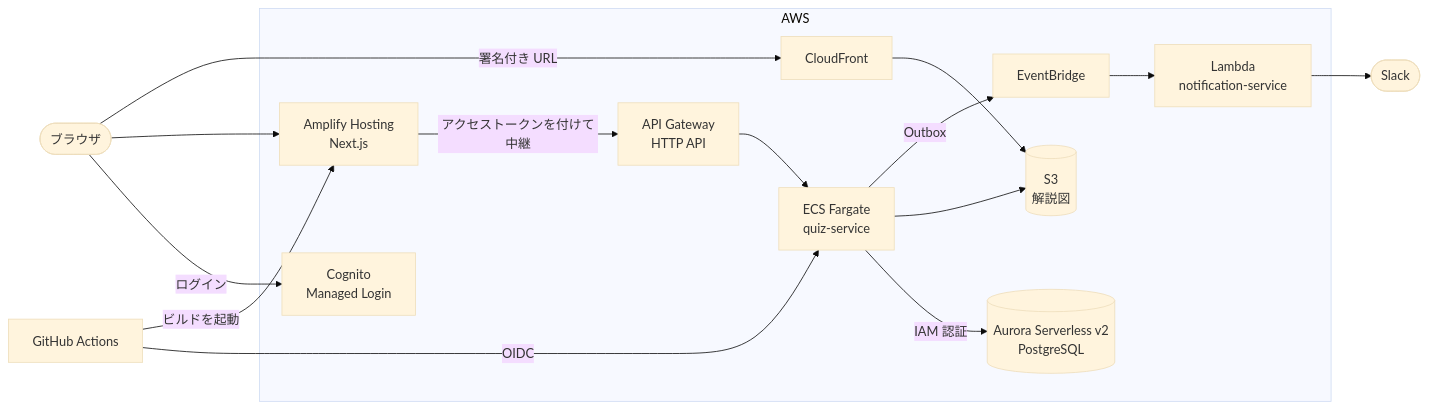
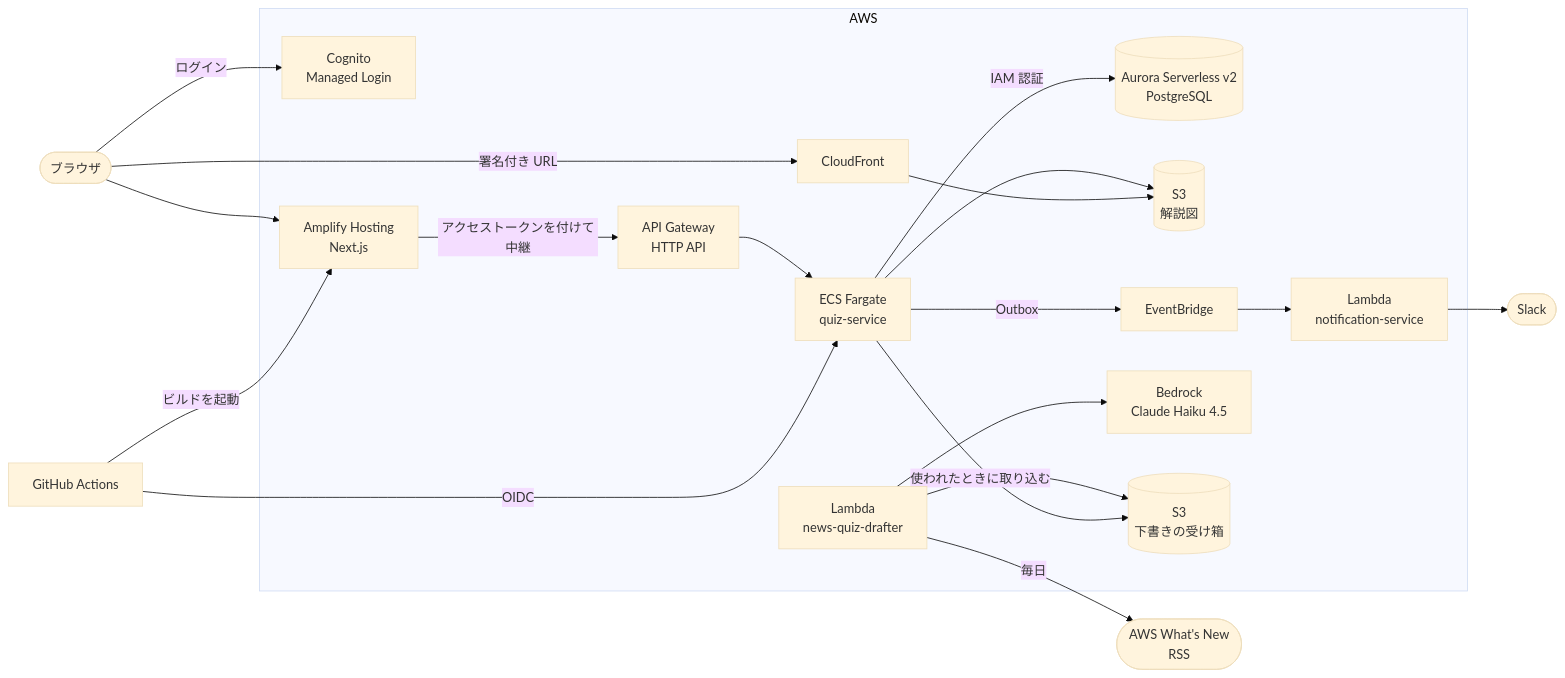
Before and after one commit to fujitamasayoshi0402/quiz-app: the diagram in README.md, drawn with Mermaid (base theme). The commit also changed other lines of this file and 31 other files, not shown here.

````diff
--- a/README.md
+++ b/README.md
@@ -81,28 +87,36 @@
 ```mermaid
 flowchart LR
   browser([ブラウザ])
   gha[GitHub Actions]
   slack([Slack])
 
   subgraph aws [AWS]
     cognito[Cognito<br/>Managed Login]
     amplify[Amplify Hosting<br/>Next.js]
     apigw[API Gateway<br/>HTTP API]
     ecs[ECS Fargate<br/>quiz-service]
     aurora[(Aurora Serverless v2<br/>PostgreSQL)]
     s3[(S3<br/>解説図)]
     cloudfront[CloudFront]
     eventbridge[EventBridge]
     lambda[Lambda<br/>notification-service]
+    drafter[Lambda<br/>news-quiz-drafter]
+    bedrock[Bedrock<br/>Claude Haiku 4.5]
+    inbox[(S3<br/>下書きの受け箱)]
   end
+  news([AWS What's New<br/>RSS])
 
   browser -- ログイン --> cognito
   browser --> amplify
   amplify -- アクセストークンを付けて中継 --> apigw --> ecs
   ecs -- IAM 認証 --> aurora
   ecs --> s3
   browser -- 署名付き URL --> cloudfront --> s3
   ecs -- Outbox --> eventbridge --> lambda --> slack
+  drafter -- 毎日 --> news
+  drafter --> bedrock
+  drafter --> inbox
+  ecs -- 使われたときに取り込む --> inbox
   gha -- OIDC --> ecs
   gha -- ビルドを起動 --> amplify
 ```
````
